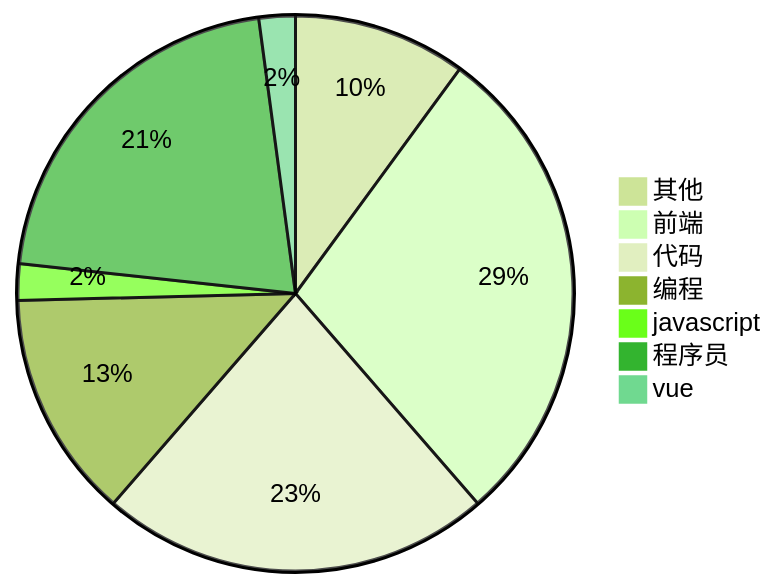
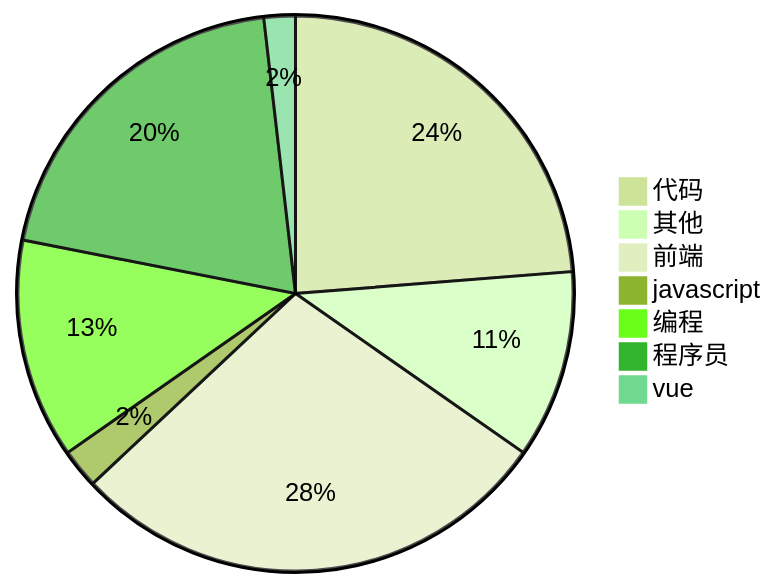
The diagram in douyin/RankingList.md (xieerduos/xieerduos.github.io), drawn with Mermaid (forest theme) before and after one commit. The commit also changed other lines of this file and 1 other file, not shown here.

````diff
--- a/douyin/RankingList.md
+++ b/douyin/RankingList.md
@@ -74,10 +79,10 @@
 ```Mermaid
 pie title 
-    "其他" : 19
-    "前端" : 54
-    "代码" : 43
-    "编程" : 25
-    "javascript" : 4
-    "程序员" : 40
+    "代码" : 52
+    "其他" : 24
+    "前端" : 62
+    "javascript" : 5
+    "编程" : 28
+    "程序员" : 44
     "vue" : 4
 ```
````
